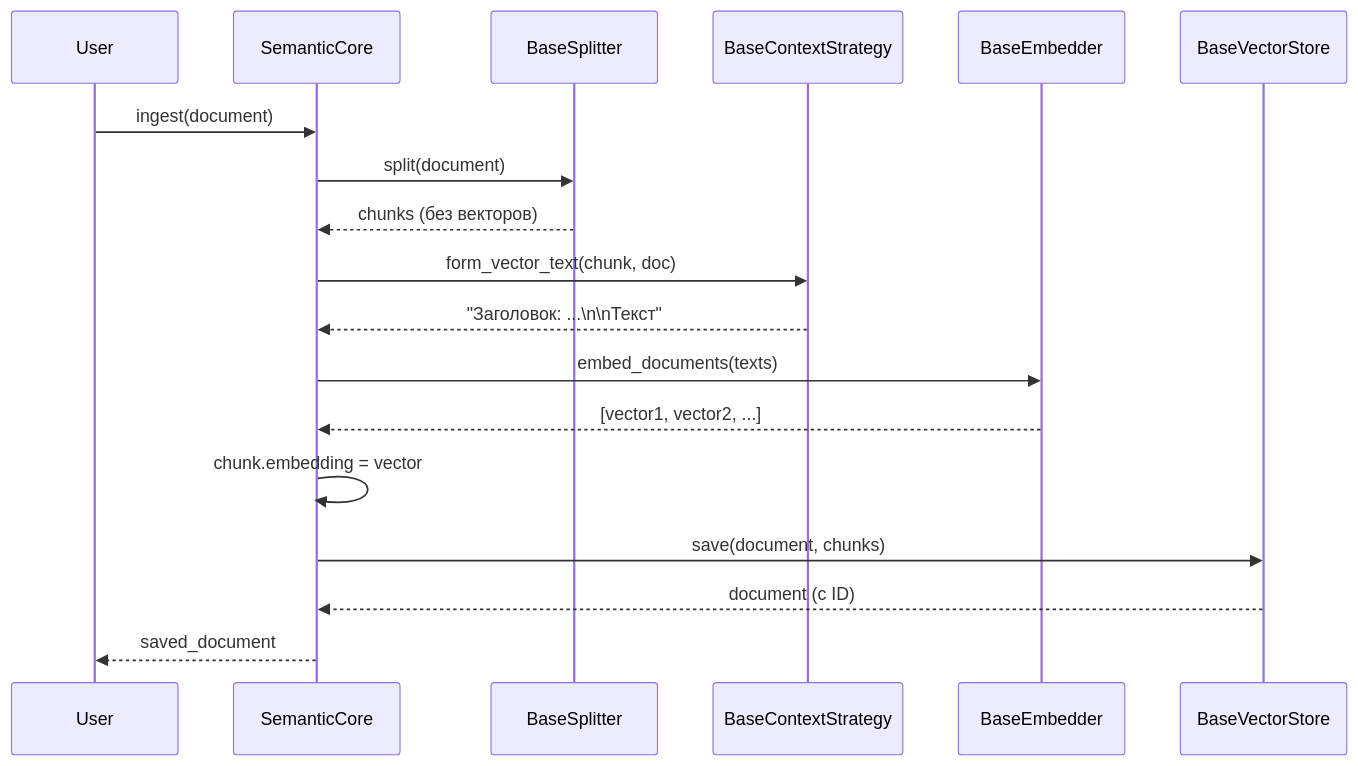
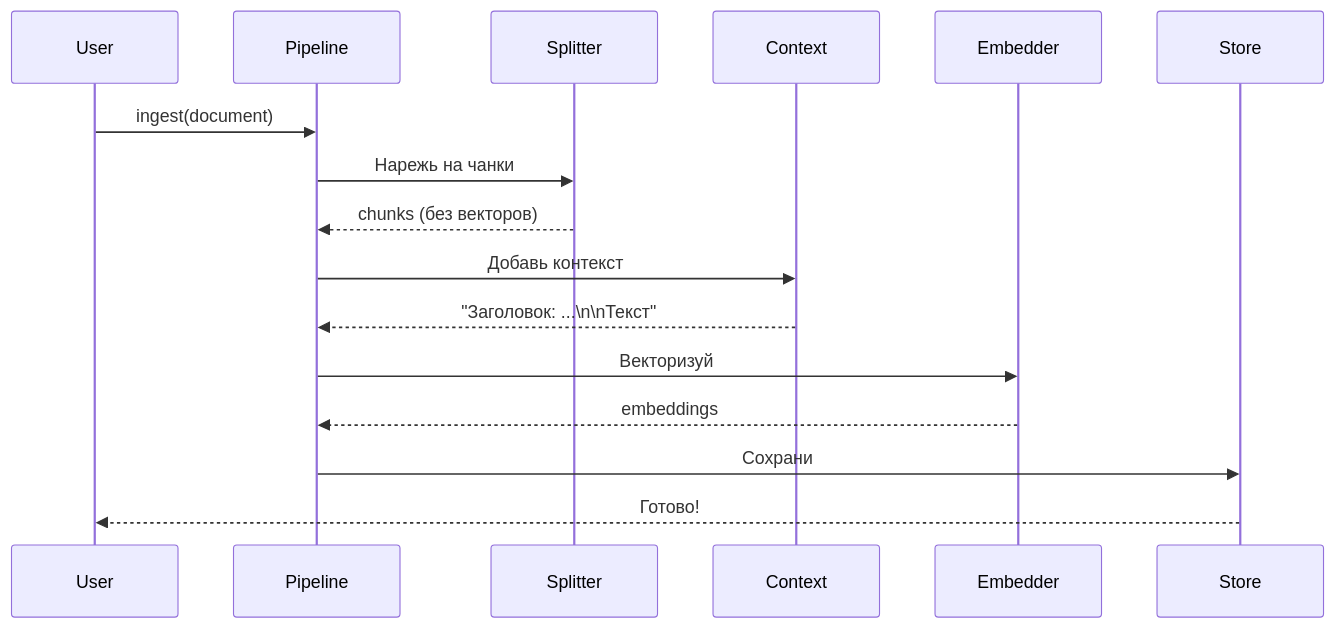
The second of 2 diagrams in doc/architecture/10_solid_refactoring.md (VladimirMonin/poc_vector_sqlite), drawn with Mermaid before and after one commit. The commit also changed other lines of this file and 1 other file, not shown here.

````diff
--- a/doc/architecture/10_solid_refactoring.md
+++ b/doc/architecture/10_solid_refactoring.md
@@ -380,25 +196,22 @@
 ```mermaid
 sequenceDiagram
     participant User
-    participant Core as SemanticCore
-    participant Split as BaseSplitter
-    participant Ctx as BaseContextStrategy
-    participant Emb as BaseEmbedder
-    participant Store as BaseVectorStore
+    participant Pipeline
+    participant Splitter
+    participant Context
+    participant Embedder
+    participant Store
     
-    User->>Core: ingest(document)
-    Core->>Split: split(document)
-    Split-->>Core: chunks (без векторов)
+    User->>Pipeline: ingest(document)
+    Pipeline->>Splitter: Нарежь на чанки
+    Splitter-->>Pipeline: chunks (без векторов)
     
-    Core->>Ctx: form_vector_text(chunk, doc)
-    Ctx-->>Core: "Заголовок: ...\n\nТекст"
+    Pipeline->>Context: Добавь контекст
+    Context-->>Pipeline: "Заголовок: ...\n\nТекст"
     
-    Core->>Emb: embed_documents(texts)
-    Emb-->>Core: [vector1, vector2, ...]
+    Pipeline->>Embedder: Векторизуй
+    Embedder-->>Pipeline: embeddings
     
-    Core->>Core: chunk.embedding = vector
-    Core->>Store: save(document, chunks)
-    Store-->>Core: document (с ID)
-    
-    Core-->>User: saved_document
+    Pipeline->>Store: Сохрани
+    Store-->>User: Готово!
 ```
````
